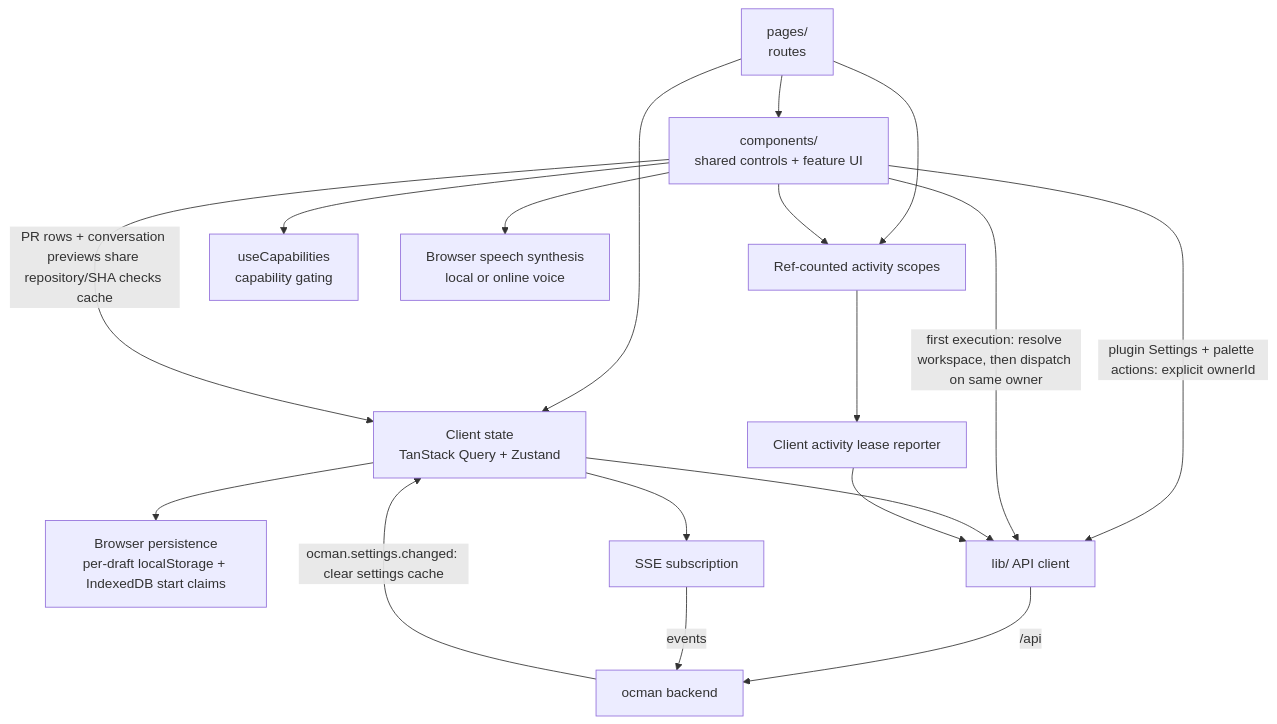
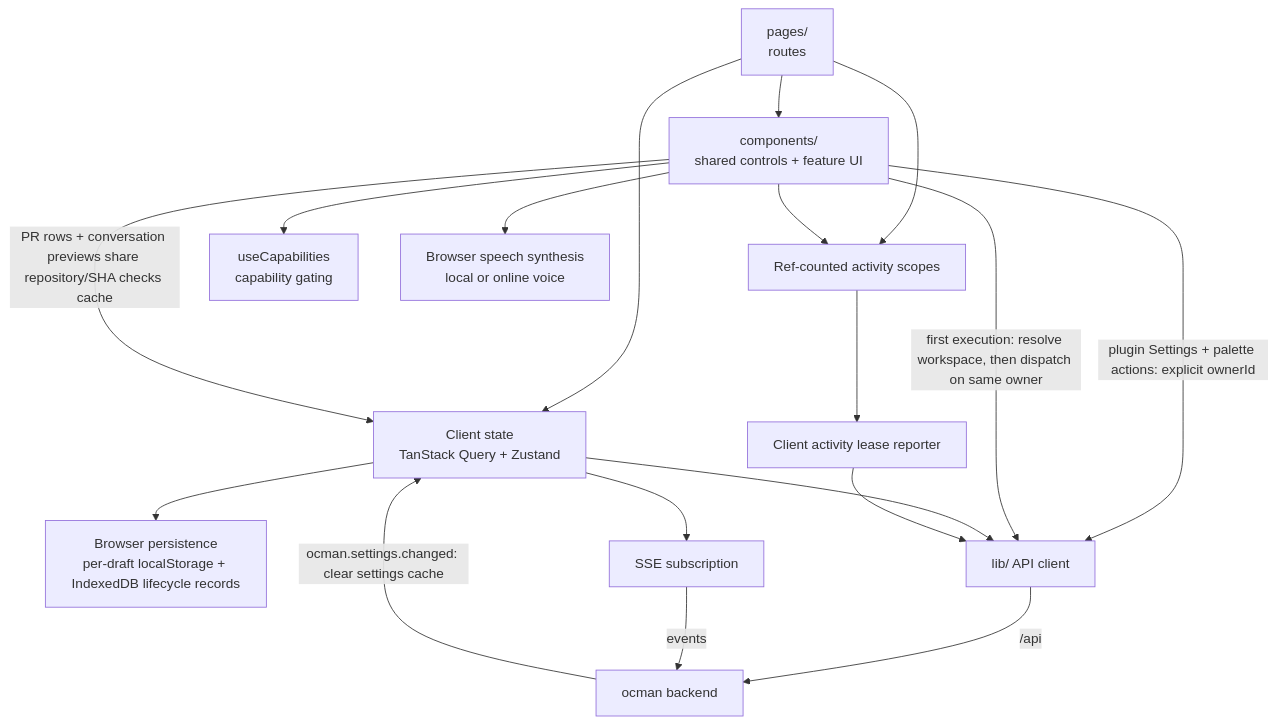
The fourth of 5 diagrams in docs/other/architecture.md (ocman/ocman), drawn with Mermaid before and after one commit. The commit also changed other lines of this file and 19 other files, not shown here.

````diff
--- a/docs/other/architecture.md
+++ b/docs/other/architecture.md
@@ -468,20 +468,20 @@
 ```mermaid
 flowchart TD
     Pages[pages/<br/>routes] --> Comp[components/<br/>shared controls + feature UI]
     Pages --> Stores[Client state<br/>TanStack Query + Zustand]
-    Stores --> Persistence[Browser persistence<br/>per-draft localStorage + IndexedDB start claims]
+    Stores --> Persistence[Browser persistence<br/>per-draft localStorage + IndexedDB lifecycle records]
     Comp -->|PR rows + conversation previews share repository/SHA checks cache| Stores
     Comp -->|plugin Settings + palette actions: explicit ownerId| API
     Comp -->|first execution: resolve workspace, then dispatch on same owner| API
     Stores --> API[lib/ API client]
     Stores --> SSE[SSE subscription]
     Pages --> Scopes[Ref-counted activity scopes]
     Comp --> Scopes
     Scopes --> Reporter[Client activity lease reporter]
     Reporter --> API
     API -->|/api| Hub[ocman backend]
     SSE -->|events| Hub
     Hub -->|ocman.settings.changed: clear settings cache| Stores
     Comp --> Caps[useCapabilities<br/>capability gating]
     Comp --> Speech[Browser speech synthesis<br/>local or online voice]
 ```
````
